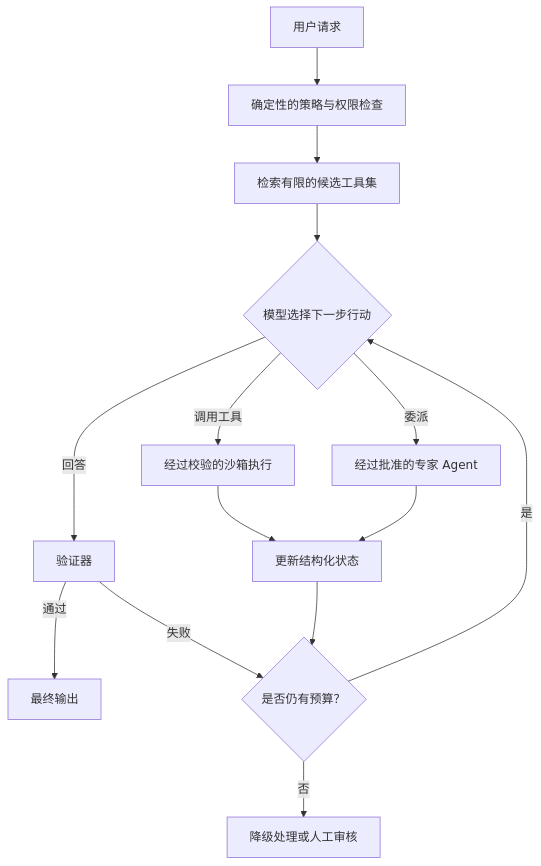
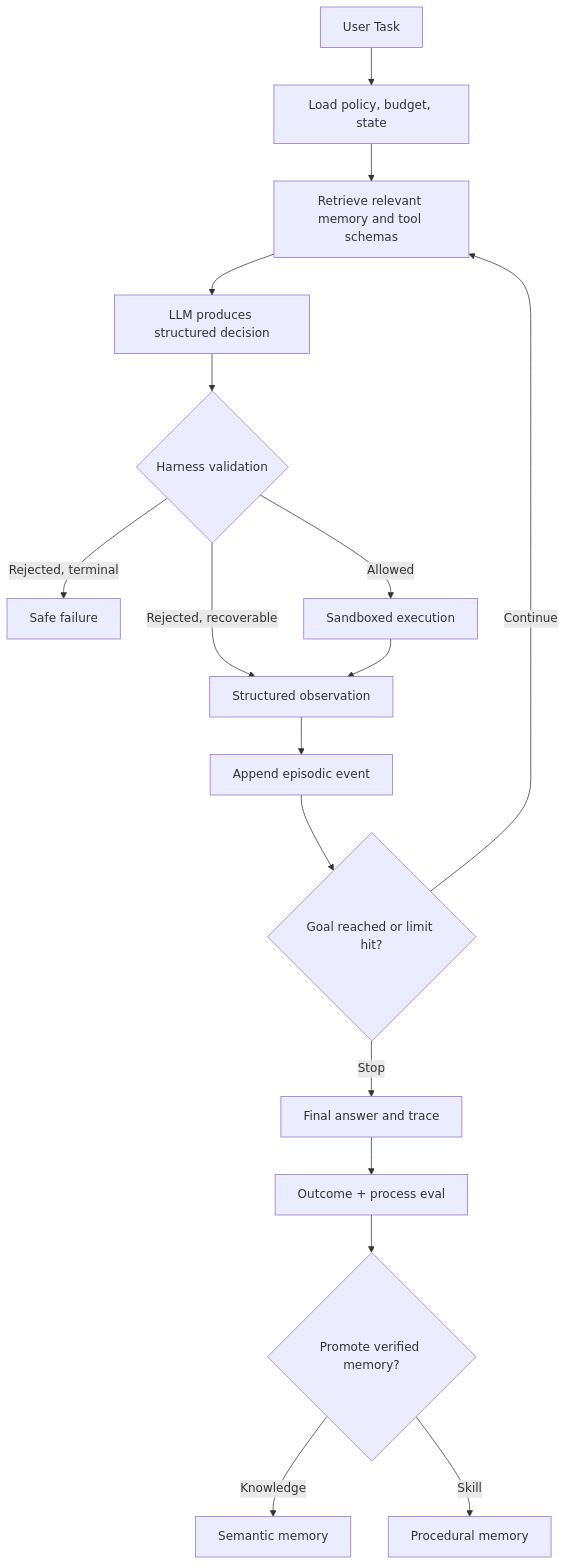
The seventh of 7 diagrams in docs/readings/week01-agentic-design-patterns.zh-CN.md (zheng-bobo/verifiable_agent_lab), drawn with Mermaid before and after one commit. The commit also changed other lines of this file and 21 other files, not shown here.

````diff
--- a/docs/readings/week01-agentic-design-patterns.zh-CN.md
+++ b/docs/readings/week01-agentic-design-patterns.zh-CN.md
@@ -201,16 +483,19 @@
 ```mermaid
 flowchart TD
-    U[用户请求] --> P[确定性的策略与权限检查]
-    P --> C[检索有限的候选工具集]
-    C --> D{模型选择下一步行动}
-    D -->|回答| V[验证器]
-    D -->|调用工具| X[经过校验的沙箱执行]
-    D -->|委派| S[经过批准的专家 Agent]
-    X --> ST[更新结构化状态]
-    S --> ST
-    ST --> B{是否仍有预算？}
-    B -->|是| D
-    B -->|否| H[降级处理或人工审核]
-    V -->|通过| O[最终输出]
-    V -->|失败| B
+    U[User Task] --> S[Load policy, budget, state]
+    S --> R[Retrieve relevant memory and tool schemas]
+    R --> D[LLM produces structured decision]
+    D --> V{Harness validation}
+    V -->|Rejected, recoverable| O[Structured observation]
+    V -->|Rejected, terminal| F[Safe failure]
+    V -->|Allowed| X[Sandboxed execution]
+    X --> O
+    O --> L[Append episodic event]
+    L --> G{Goal reached or limit hit?}
+    G -->|Continue| R
+    G -->|Stop| A[Final answer and trace]
+    A --> E[Outcome + process eval]
+    E --> P{Promote verified memory?}
+    P -->|Knowledge| SM[Semantic memory]
+    P -->|Skill| PM[Procedural memory]
 ```
````
